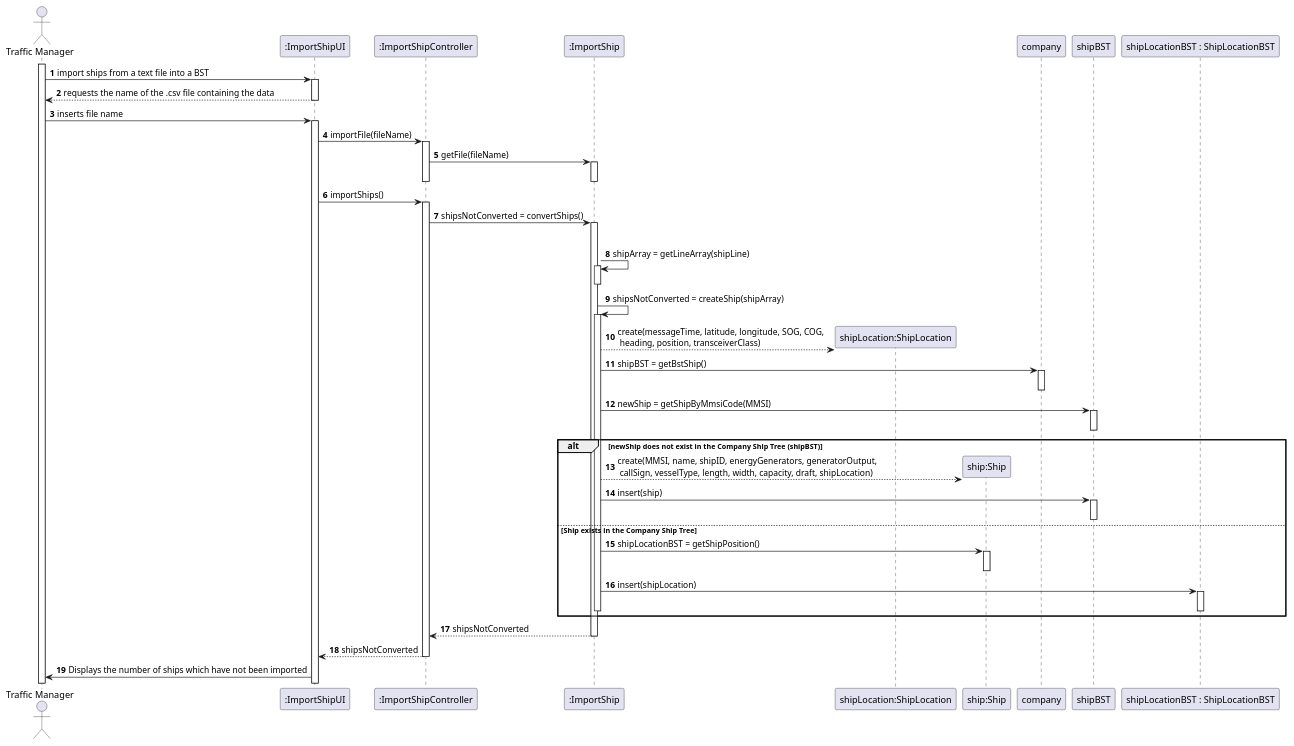
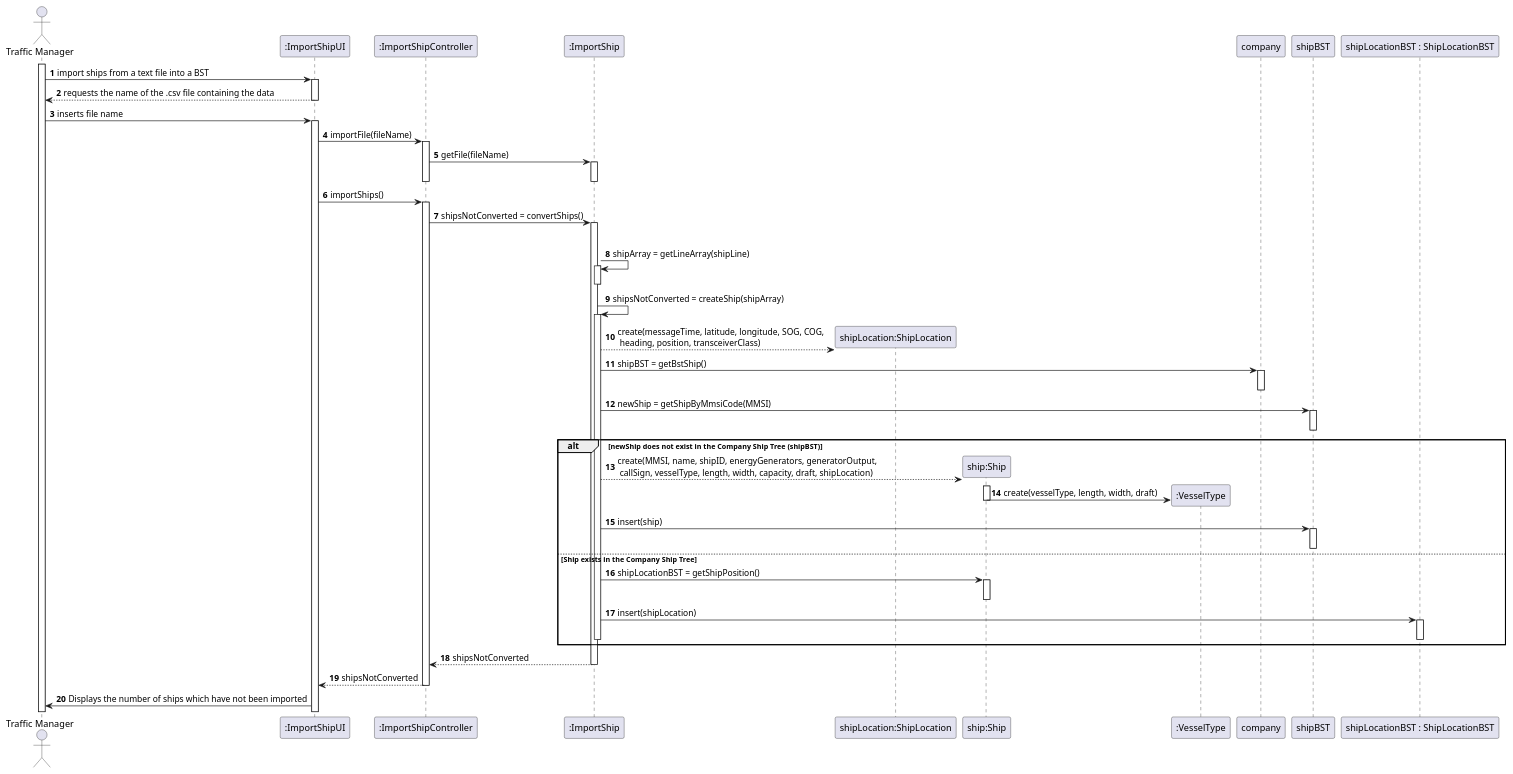
Before and after one commit to 0franciscor/lapr3-2021-g042: the diagram in docs/US101/US101_SD.puml, drawn with PlantUML. The commit also changed 1 other file, not shown here.

Commit message:
G42-75 #Changes made to the Sequence Diagram

```diff
--- a/docs/US101/US101_SD.puml
+++ b/docs/US101/US101_SD.puml
@@ -1,110 +1,119 @@
 @startuml
 
 autonumber
 actor "Traffic Manager" as manager
 
 participant ":ImportShipUI" as ui
 participant ":ImportShipController" as controller
 participant ":ImportShip" as importShip
 participant "shipLocation:ShipLocation" as shipLocation
 participant "ship:Ship" as ship
 
 
 activate manager
 manager -> ui : import ships from a text file into a BST
 
 
 activate ui
 ui --> manager : requests the name of the .csv file containing the data
 
 
 deactivate ui
 
 
 manager -> ui : inserts file name
 
 
 activate ui
 
 
 ui -> controller : importFile(fileName)
 activate controller
 
 
 controller -> importShip : getFile(fileName)
 activate importShip
 
 
 deactivate importShip
 deactivate controller
 
 
 ui -> controller : importShips()
 activate controller
 
 
 controller -> importShip : shipsNotConverted = convertShips()
 activate importShip
 
 
 loop for each line on the file
 
 
 importShip -> importShip ++: shipArray = getLineArray(shipLine)
 deactivate importShip
 
 
 importShip -> importShip ++: shipsNotConverted = createShip(shipArray)
 
 
 create shipLocation
 importShip --> shipLocation: create(messageTime, latitude, longitude, SOG, COG,\n heading, position, transceiverClass)
 
 importShip -> company : shipBST = getBstShip()
 activate company
 deactivate company
 
 importShip -> shipBST : newShip = getShipByMmsiCode(MMSI)
 activate shipBST
 deactivate shipBST
 
 alt newShip does not exist in the Company Ship Tree (shipBST)
 
 create ship
 importShip --> ship: create(MMSI, name, shipID, energyGenerators, generatorOutput,\n callSign, vesselType, length, width, capacity, draft, shipLocation)
 
+participant ":VesselType" as vesselType
+
+create vesselType
+
+activate ship
+ship -> vesselType : create(vesselType, length, width, draft)
+deactivate ship
+
+
 
 participant ":Company" as company
 participant "shipBST:ShipBST" as shipBST
 
 
 importShip -> shipBST : insert(ship)
 activate shipBST
 deactivate shipBST
 
 else Ship exists in the Company Ship Tree
 
 participant "shipLocationBST : ShipLocationBST" as shipLocationBST
 
 importShip -> ship : shipLocationBST = getShipPosition()
 activate ship
 deactivate ship
 
 importShip -> shipLocationBST : insert(shipLocation)
 activate shipLocationBST
 deactivate shipLocationBST
 
 deactivate importShip
 end
 
 
 importShip --> controller : shipsNotConverted
 deactivate importShip
 
 controller --> ui : shipsNotConverted
 deactivate controller
 
 ui -> manager : Displays the number of ships which have not been imported
 
 
 @enduml
```
